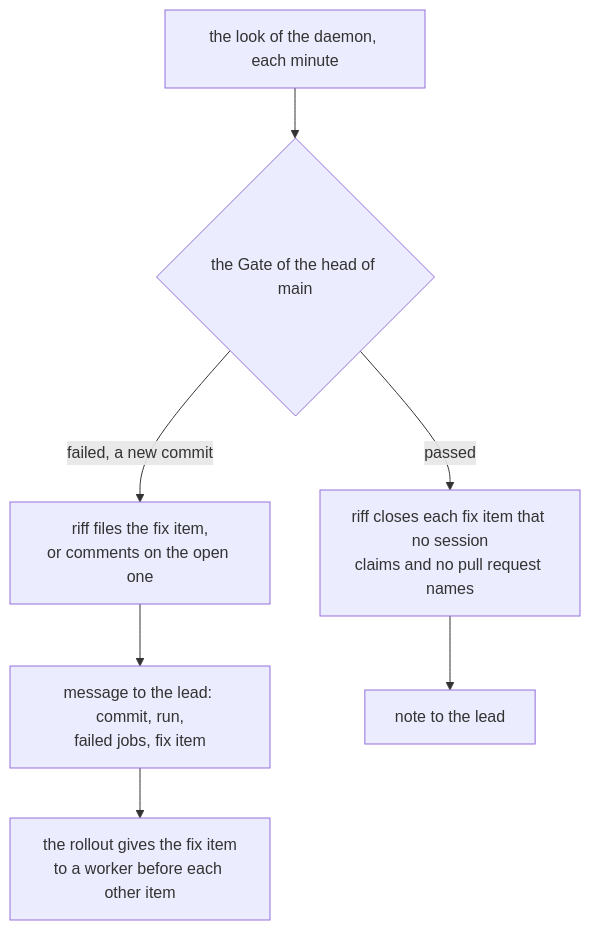
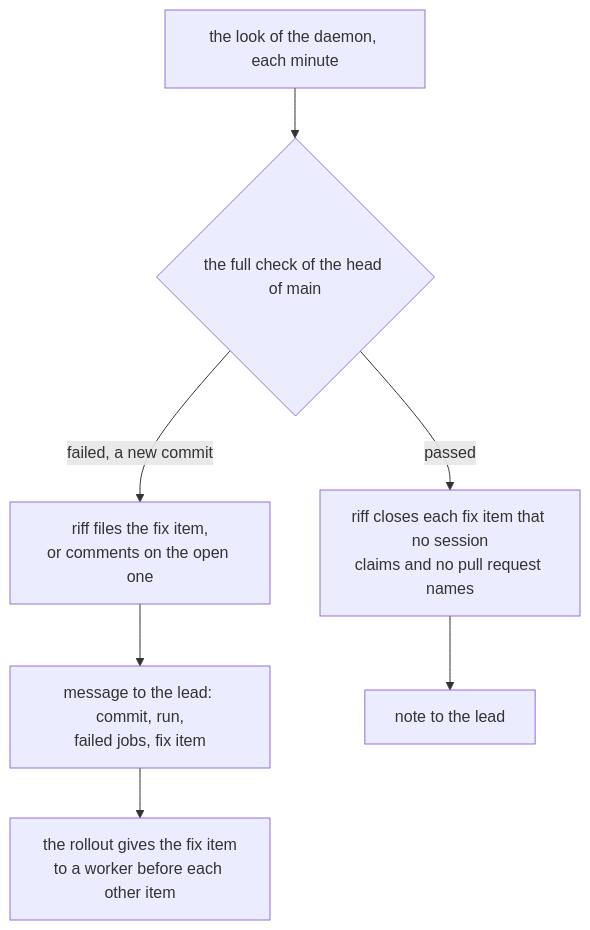
One commit to como-technologies/riff changed diagram 25 of 59 in docs/src/how-it-works.md. Above: the diagram before and after it, drawn with Mermaid. The commit also changed other lines of this file and 12 other files, not shown here.

First line of the commit message:
The watch of main reads the full check, and a skipped required check counts as a pass (#1396)

````diff
--- a/docs/src/how-it-works.md
+++ b/docs/src/how-it-works.md
@@ -1848,9 +1852,9 @@
 ```mermaid
 flowchart TD
-    L["the look of the daemon, each minute"] --> G{"the Gate of the head of main"}
+    L["the look of the daemon, each minute"] --> G{"the full check of the head of main"}
     G -- "failed, a new commit" --> F["riff files the fix item,<br/>or comments on the open one"]
     F --> M["message to the lead: commit, run,<br/>failed jobs, fix item"]
     M --> W["the rollout gives the fix item<br/>to a worker before each other item"]
     G -- passed --> C["riff closes each fix item that no session<br/>claims and no pull request names"]
     C --> N["note to the lead"]
 ```
````
